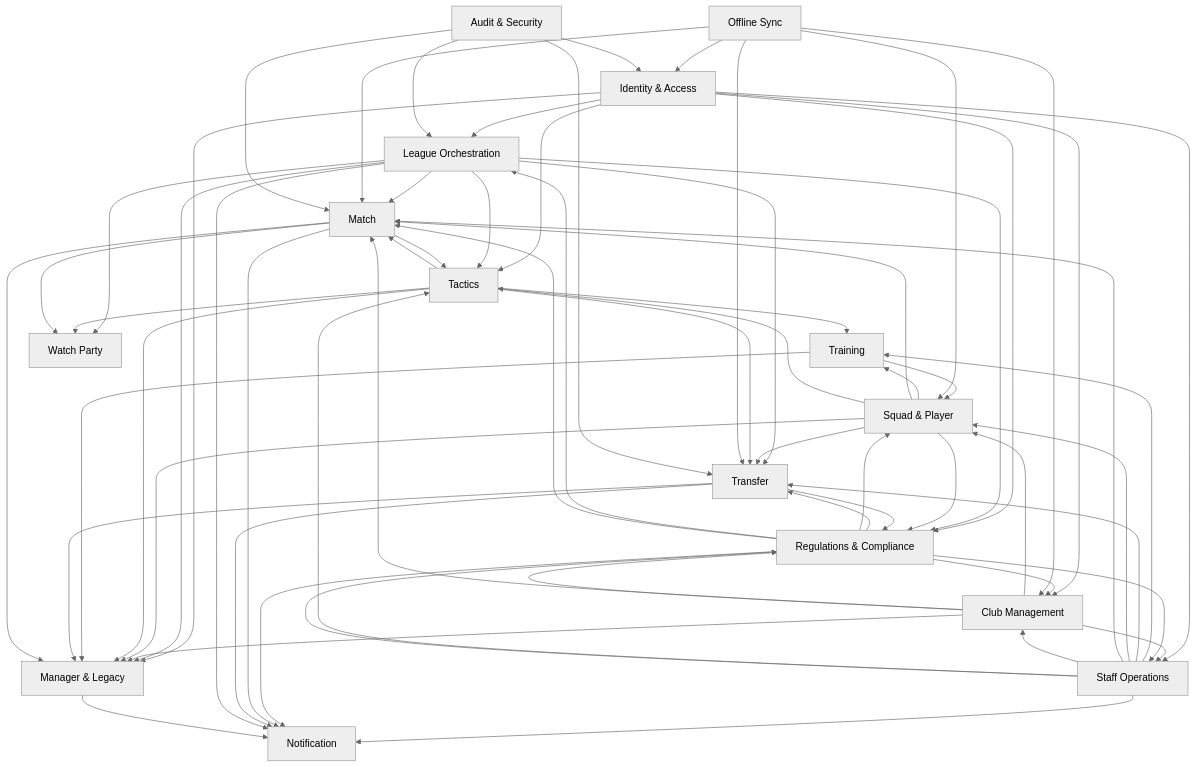
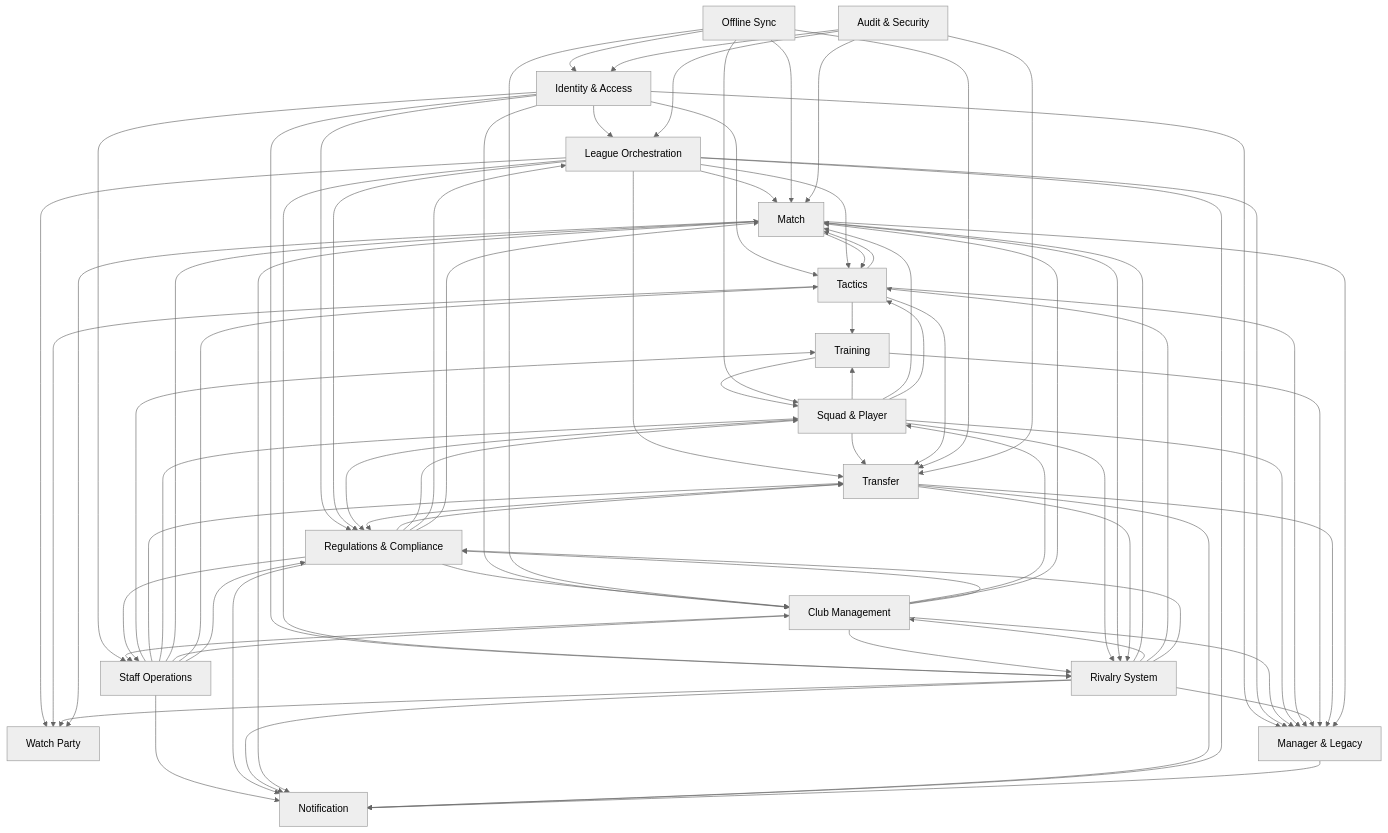
The diagram in docs/10-Architecture/bounded-context-map.md (EtroxTaran/klubhaus-elf), drawn with Mermaid (neutral theme) before and after one commit. The commit also changed other lines of this file and 6 other files, not shown here.

First line of the commit message:
[FMX-40] docs: ratify ADR-0057 + apply rivalry-system map patch (#96)

```diff
--- a/docs/10-Architecture/bounded-context-map.md
+++ b/docs/10-Architecture/bounded-context-map.md
@@ -164,6 +196,7 @@
     Staff["Staff Operations"]
     Tactics["Tactics"]
     Reg["Regulations & Compliance"]
+    Rival["Rivalry System"]
     Offline["Offline Sync"]
     Audit["Audit & Security"]
 
@@ -212,6 +245,19 @@
     Reg --> Staff
     Reg --> Match
     Reg --> Notif
+    Identity --> Rival
+    League --> Rival
+    Club --> Rival
+    Squad --> Rival
+    Match --> Rival
+    Transfer --> Rival
+    Rival --> Match
+    Rival --> Club
+    Rival --> WP
+    Rival --> ML
+    Rival --> Notif
+    Rival --> Tactics
+    Rival --> Reg
     Training --> Squad
     Training --> ML
     Transfer --> ML
```
